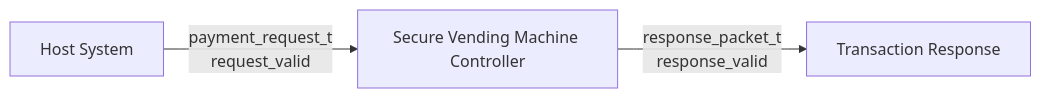
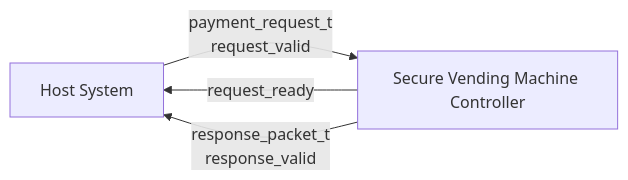
One commit to partialHuman/Secure-Vending-Machine-Controller changed the diagram in docs/Protocol Specification.md. Above: the diagram before and after it, drawn with Mermaid. The commit also changed other lines of this file and 8 other files, not shown here.

````diff
--- a/docs/Protocol Specification.md
+++ b/docs/Protocol Specification.md
@@ -21,8 +21,6 @@
 ```mermaid
 flowchart LR
-Host[Host System] -- payment_request_t<br/>request_valid -->
-DUT[Secure Vending Machine Controller]
-DUT -- response_packet_t<br/>response_valid --> 
-T[Transaction Response]
-
+    Host[Host System] -- "payment_request_t<br/>request_valid" --> DUT[Secure Vending Machine Controller]
+    DUT -- "request_ready" --> Host
+    DUT -- "response_packet_t<br/>response_valid" --> Host
 ```
````
